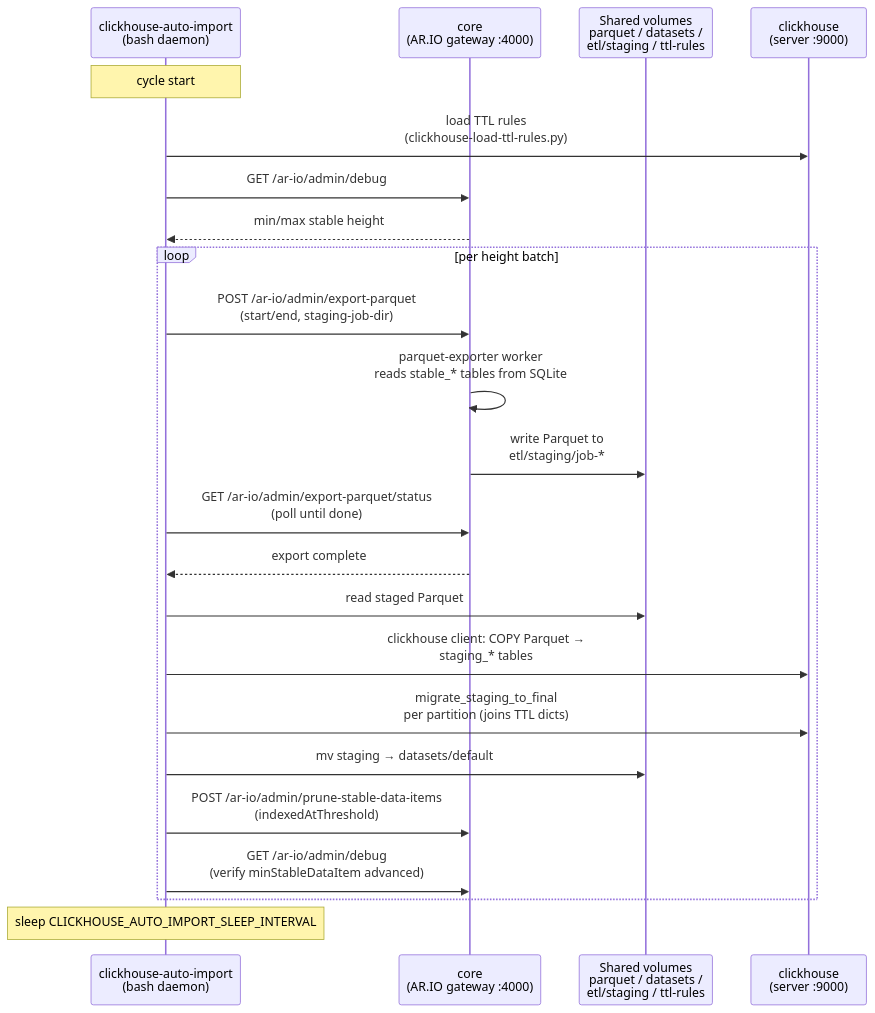
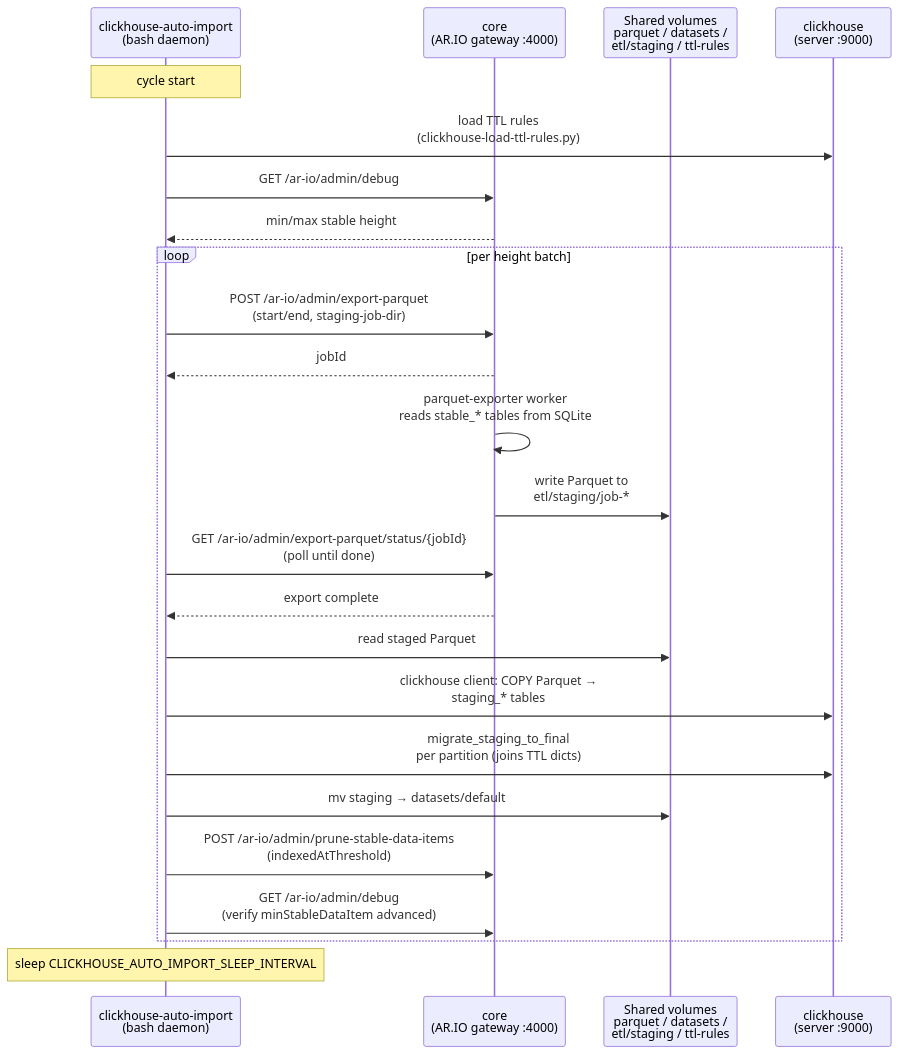
The second of 4 diagrams in docs/clickhouse-pipeline.md (ar-io/ar-io-node), drawn with Mermaid before and after one commit. The commit also changed other lines of this file and 4 other files, not shown here.

First line of the commit message:
feat(export): add per-job status tracking to parquet export API

````diff
--- a/docs/clickhouse-pipeline.md
+++ b/docs/clickhouse-pipeline.md
@@ -164,30 +167,31 @@
 ```mermaid
 sequenceDiagram
   participant Auto as clickhouse-auto-import<br/>(bash daemon)
   participant Core as core<br/>(AR.IO gateway :4000)
   participant Shared as Shared volumes<br/>parquet / datasets /<br/>etl/staging / ttl-rules
   participant CH as clickhouse<br/>(server :9000)
 
   Note over Auto: cycle start
   Auto->>CH: load TTL rules<br/>(clickhouse-load-ttl-rules.py)
   Auto->>Core: GET /ar-io/admin/debug
   Core-->>Auto: min/max stable height
 
   loop per height batch
     Auto->>Core: POST /ar-io/admin/export-parquet<br/>(start/end, staging-job-dir)
+    Core-->>Auto: jobId
     Core->>Core: parquet-exporter worker<br/>reads stable_* tables from SQLite
     Core->>Shared: write Parquet to<br/>etl/staging/job-*
-    Auto->>Core: GET /ar-io/admin/export-parquet/status<br/>(poll until done)
+    Auto->>Core: GET /ar-io/admin/export-parquet/status/{jobId}<br/>(poll until done)
     Core-->>Auto: export complete
 
     Auto->>Shared: read staged Parquet
     Auto->>CH: clickhouse client: COPY Parquet →<br/>staging_* tables
     Auto->>CH: migrate_staging_to_final<br/>per partition (joins TTL dicts)
     Auto->>Shared: mv staging → datasets/default
 
     Auto->>Core: POST /ar-io/admin/prune-stable-data-items<br/>(indexedAtThreshold)
     Auto->>Core: GET /ar-io/admin/debug<br/>(verify minStableDataItem advanced)
   end
 
   Note over Auto: sleep CLICKHOUSE_AUTO_IMPORT_SLEEP_INTERVAL
 ```
````
